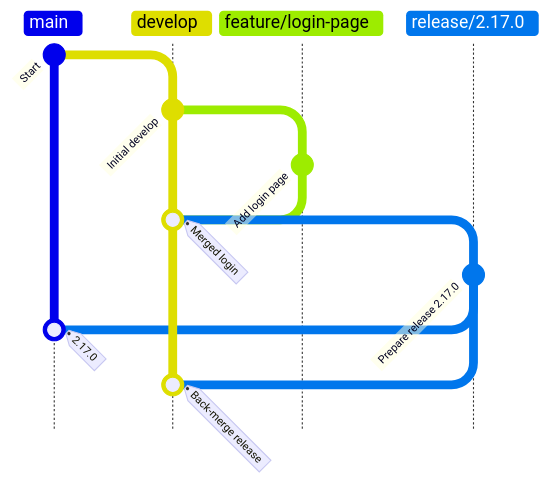
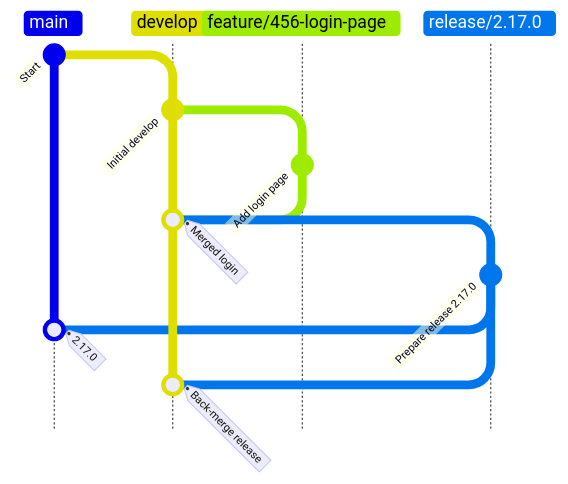
Before and after one commit to rdkcentral/rdk-halif-aidl: the third of 3 diagrams in docs/standards/git_flow_branching_strategy.md, drawn with Mermaid. The commit also changed other lines of this file and 3 other files, not shown here.

````diff
--- a/docs/standards/git_flow_branching_strategy.md
+++ b/docs/standards/git_flow_branching_strategy.md
@@ -238,16 +238,16 @@
 ```mermaid
 gitGraph TB:
    commit id: "Start"
    branch develop
    commit id: "Initial develop"
-   branch feature/login-page
+   branch feature/456-login-page
    commit id: "Add login page"
    checkout develop
-   merge feature/login-page tag: "Merged login"
+   merge feature/456-login-page tag: "Merged login"
    branch release/2.17.0
    commit id: "Prepare release 2.17.0"
    checkout main
    merge release/2.17.0 tag: "2.17.0"
    checkout develop
    merge release/2.17.0 tag: "Back-merge release"
 ```
````
